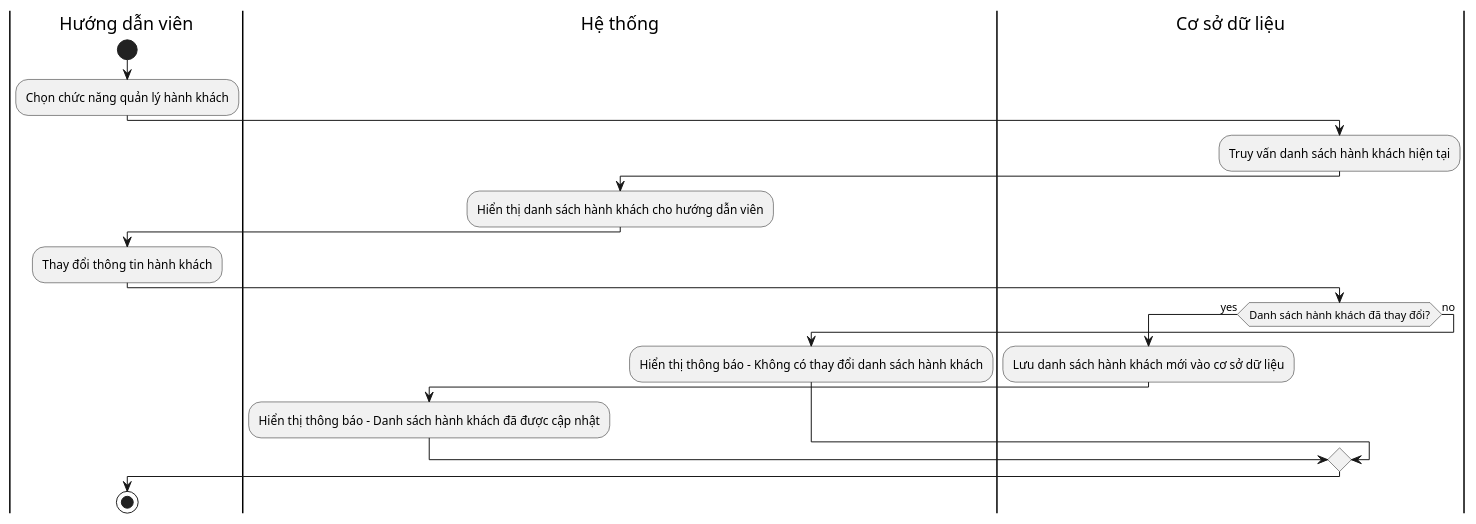
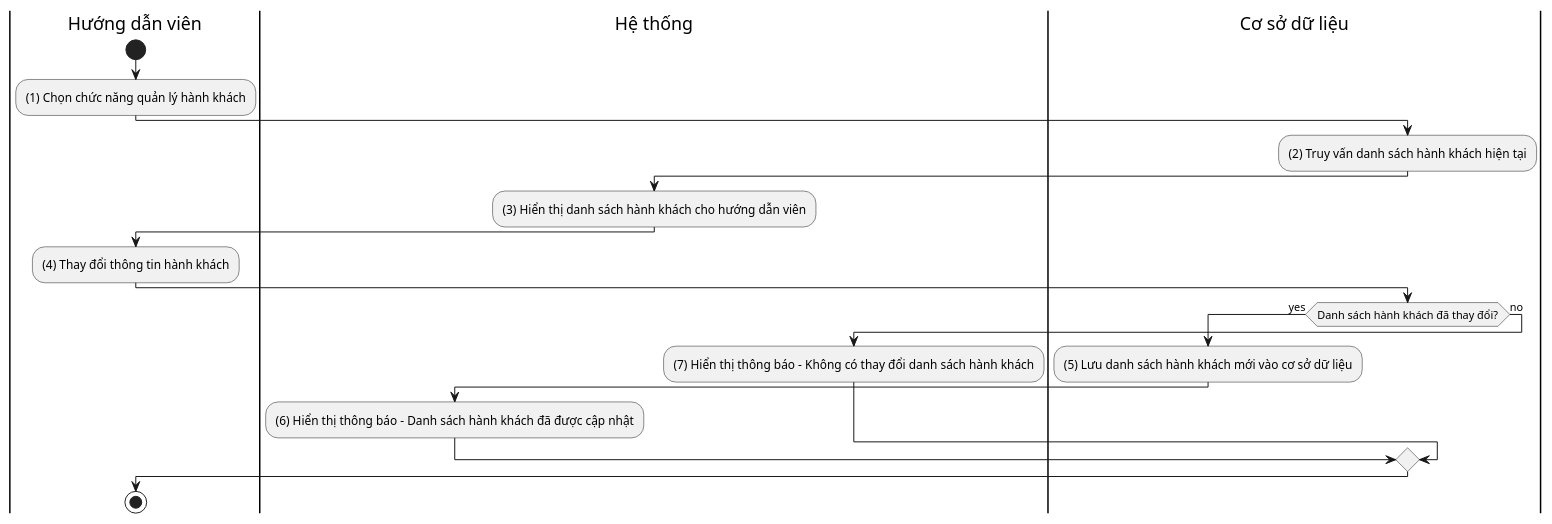
Before and after one commit to Khoitran0205/SE357-Pratice-class: the diagram in lab1.2/activity_diagrams/managePassenger.plantuml, drawn with PlantUML. The commit also changed 10 other files, not shown here.

```diff
--- a/lab1.2/activity_diagrams/managePassenger.plantuml
+++ b/lab1.2/activity_diagrams/managePassenger.plantuml
@@ -1,26 +1,26 @@
 @startuml managePassengers_activity_diagram
 |Hướng dẫn viên|
 start
-:Chọn chức năng quản lý hành khách;
+:(1) Chọn chức năng quản lý hành khách;
 |Hệ thống|
 |Cơ sở dữ liệu|
-:Truy vấn danh sách hành khách hiện tại;
+:(2) Truy vấn danh sách hành khách hiện tại;
 |Hệ thống|
-:Hiển thị danh sách hành khách cho hướng dẫn viên;
+:(3) Hiển thị danh sách hành khách cho hướng dẫn viên;
 |Hướng dẫn viên|
-:Thay đổi thông tin hành khách;
+:(4) Thay đổi thông tin hành khách;
 |Hệ thống|
 |Cơ sở dữ liệu|
 if (Danh sách hành khách đã thay đổi?) then (yes)
-    :Lưu danh sách hành khách mới vào cơ sở dữ liệu;
+    :(5) Lưu danh sách hành khách mới vào cơ sở dữ liệu;
     |Hệ thống|
-    :Hiển thị thông báo - Danh sách hành khách đã được cập nhật;
+    :(6) Hiển thị thông báo - Danh sách hành khách đã được cập nhật;
 else (no)
     |Hệ thống|
-    :Hiển thị thông báo - Không có thay đổi danh sách hành khách;
+    :(7) Hiển thị thông báo - Không có thay đổi danh sách hành khách;
 endif
 |Hướng dẫn viên|
 
 stop
 
 @enduml
```
